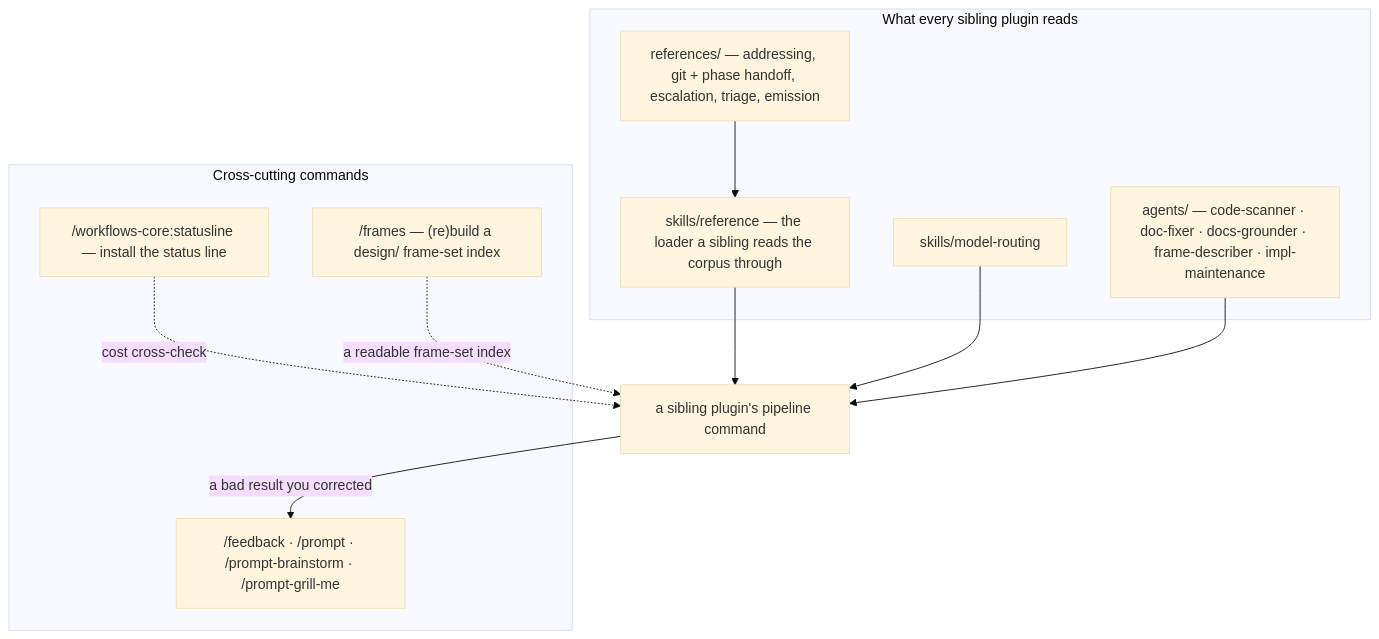
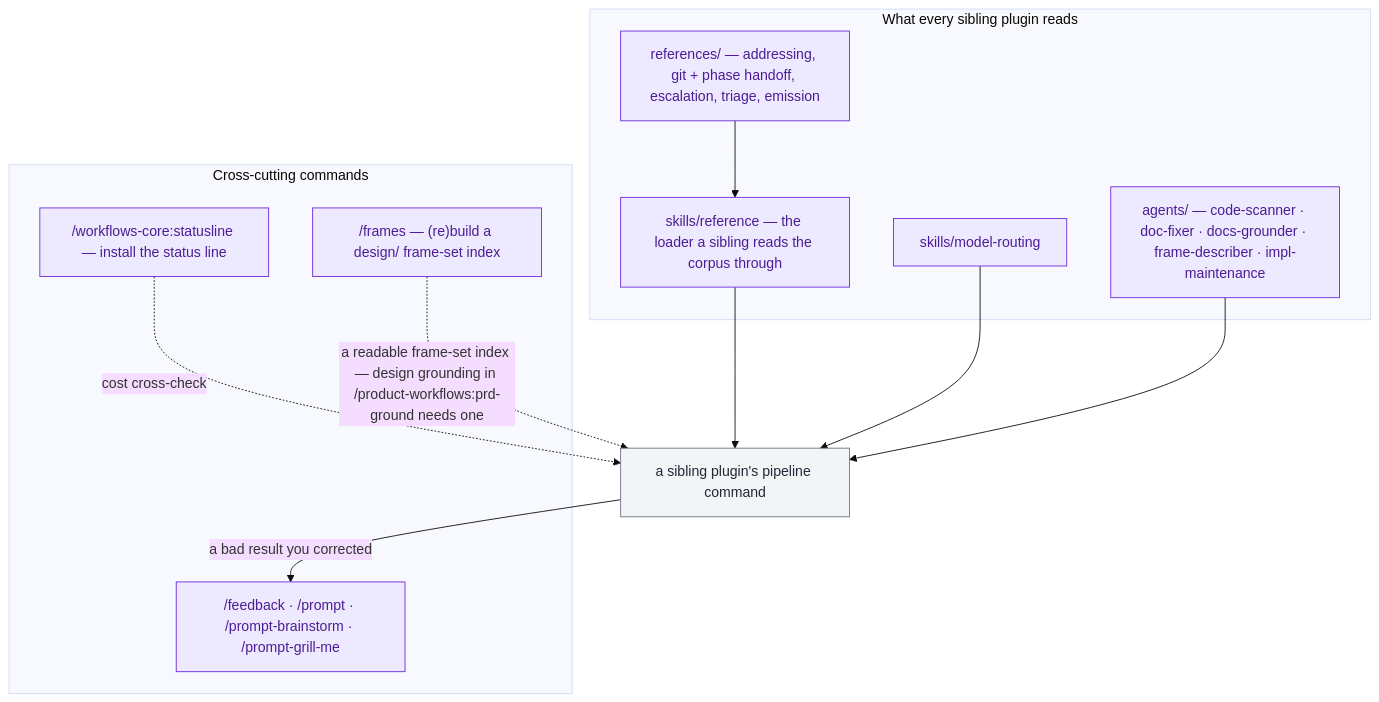
The diagram in plugins/workflows-core/docs/workflow.md (ihudak/ihudak-claude-plugins), drawn with Mermaid (base theme) before and after one commit. The commit also changed other lines of this file and 50 other files, not shown here.

````diff
--- a/plugins/workflows-core/docs/workflow.md
+++ b/plugins/workflows-core/docs/workflow.md
@@ -5,23 +5,26 @@
 ```mermaid
 flowchart TD
     subgraph CORPUS["What every sibling plugin reads"]
-        refs["references/ — addressing, git + phase handoff, escalation, triage, emission"]
-        loader["skills/reference — the loader a sibling reads the corpus through"]
-        skill["skills/model-routing"]
-        agents["agents/ — code-scanner · doc-fixer · docs-grounder · frame-describer · impl-maintenance"]
+        refs["references/ — addressing, git + phase handoff, escalation, triage, emission"]:::core
+        loader["skills/reference — the loader a sibling reads the corpus through"]:::core
+        skill["skills/model-routing"]:::core
+        agents["agents/ — code-scanner · doc-fixer · docs-grounder · frame-describer · impl-maintenance"]:::core
     end
     subgraph CROSS["Cross-cutting commands"]
-        setup["/workflows-core:statusline — install the status line"]
-        repair["/frames — (re)build a design/ frame-set index"]
-        improve["/feedback · /prompt · /prompt-brainstorm · /prompt-grill-me"]
+        setup["/workflows-core:statusline — install the status line"]:::core
+        repair["/frames — (re)build a design/ frame-set index"]:::core
+        improve["/feedback · /prompt · /prompt-brainstorm · /prompt-grill-me"]:::core
     end
-    pipeline["a sibling plugin's pipeline command"]
+    pipeline["a sibling plugin's pipeline command"]:::other
 
     refs --> loader
     loader --> pipeline
     skill --> pipeline
     agents --> pipeline
     pipeline -->|a bad result you corrected| improve
     setup -.->|cost cross-check| pipeline
-    repair -.->|a readable frame-set index| pipeline
+    repair -.->|"a readable frame-set index — design grounding in /product-workflows:prd-ground needs one"| pipeline
+
+    classDef core fill:#ede9fe,stroke:#6d28d9,color:#4c1d95
+    classDef other fill:#f3f4f6,stroke:#6b7280,color:#1f2937
 ```
````
